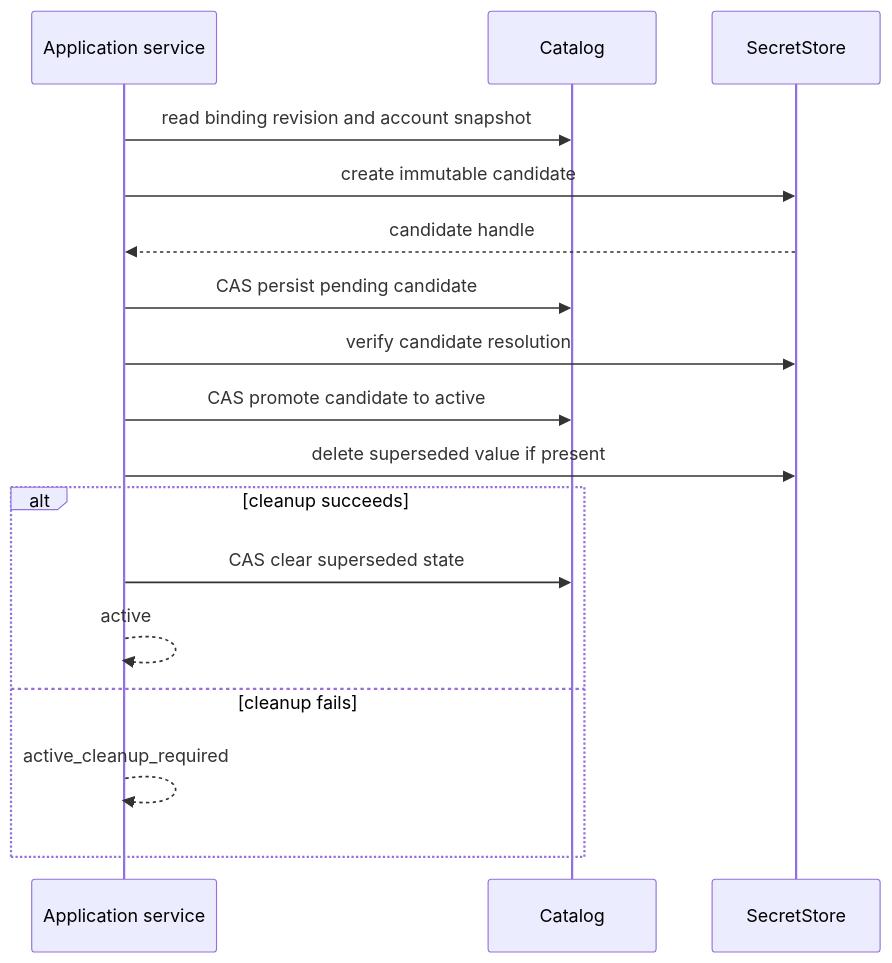
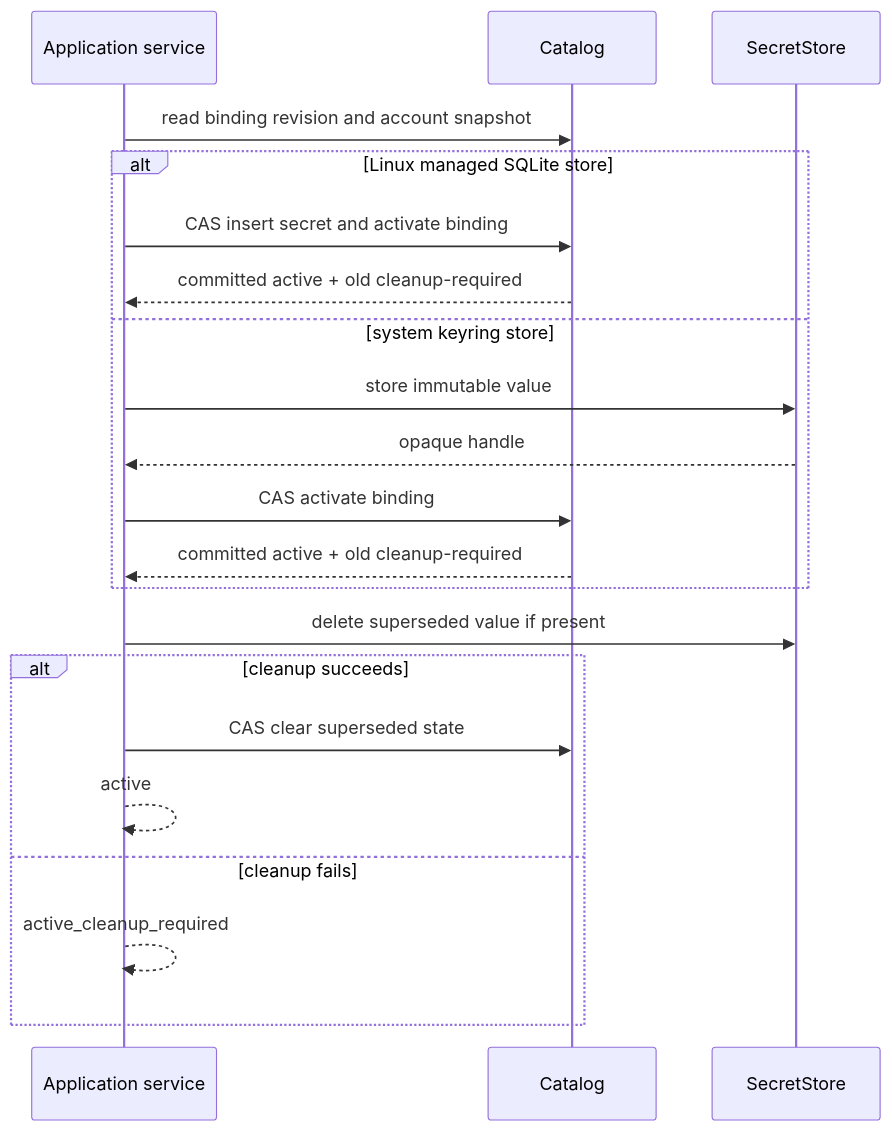
Before and after one commit to Wh1isper/mcp-email-server: the diagram in spec/05-credentials-and-secret-lifecycle.md, drawn with Mermaid. The commit also changed other lines of this file and 70 other files, not shown here.

````diff
--- a/spec/05-credentials-and-secret-lifecycle.md
+++ b/spec/05-credentials-and-secret-lifecycle.md
@@ -94,19 +100,23 @@
 ```mermaid
 sequenceDiagram
     participant A as Application service
     participant C as Catalog
     participant S as SecretStore
     A->>C: read binding revision and account snapshot
-    A->>S: create immutable candidate
-    S-->>A: candidate handle
-    A->>C: CAS persist pending candidate
-    A->>S: verify candidate resolution
-    A->>C: CAS promote candidate to active
+    alt Linux managed SQLite store
+      A->>C: CAS insert secret and activate binding
+      C-->>A: committed active + old cleanup-required
+    else system keyring store
+      A->>S: store immutable value
+      S-->>A: opaque handle
+      A->>C: CAS activate binding
+      C-->>A: committed active + old cleanup-required
+    end
     A->>S: delete superseded value if present
     alt cleanup succeeds
       A->>C: CAS clear superseded state
       A-->>A: active
     else cleanup fails
       A-->>A: active_cleanup_required
     end
 ```
````
